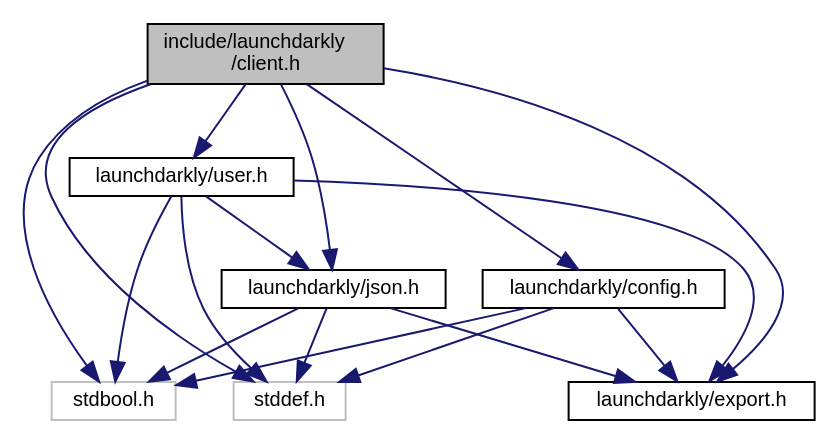
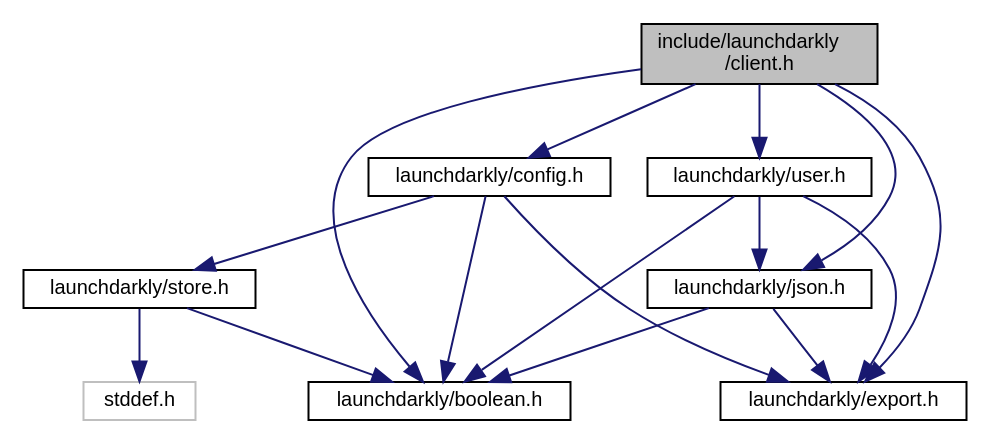
Before and after one commit to launchdarkly/c-server-sdk: the diagram in client_8h__incl.dot, drawn with Graphviz. The commit also changed 109 other files, not shown here.

```diff
--- a/client_8h__incl.dot
+++ b/client_8h__incl.dot
@@ -1,28 +1,28 @@
 digraph "include/launchdarkly/client.h"
 {
   edge [fontname="Helvetica",fontsize="10",labelfontname="Helvetica",labelfontsize="10"];
   node [fontname="Helvetica",fontsize="10",shape=record];
   Node0 [label="include/launchdarkly\l/client.h",height=0.2,width=0.4,color="black", fillcolor="grey75", style="filled", fontcolor="black"];
   Node0 -> Node1 [color="midnightblue",fontsize="10",style="solid",fontname="Helvetica"];
-  Node1 [label="stdbool.h",height=0.2,width=0.4,color="grey75", fillcolor="white", style="filled"];
+  Node1 [label="launchdarkly/config.h",height=0.2,width=0.4,color="black", fillcolor="white", style="filled",URL="$config_8h.html",tooltip="Public API Interface for Configuration. "];
+  Node1 -> Node2 [color="midnightblue",fontsize="10",style="solid",fontname="Helvetica"];
+  Node2 [label="launchdarkly/export.h",height=0.2,width=0.4,color="black", fillcolor="white", style="filled",URL="$export_8h.html",tooltip="Public. Configuration of exported symbols. "];
+  Node1 -> Node3 [color="midnightblue",fontsize="10",style="solid",fontname="Helvetica"];
+  Node3 [label="launchdarkly/store.h",height=0.2,width=0.4,color="black", fillcolor="white", style="filled",URL="$store_8h.html",tooltip="Public API Interface for Store implementatons. "];
+  Node3 -> Node4 [color="midnightblue",fontsize="10",style="solid",fontname="Helvetica"];
+  Node4 [label="stddef.h",height=0.2,width=0.4,color="grey75", fillcolor="white", style="filled"];
+  Node3 -> Node5 [color="midnightblue",fontsize="10",style="solid",fontname="Helvetica"];
+  Node5 [label="launchdarkly/boolean.h",height=0.2,width=0.4,color="black", fillcolor="white", style="filled",URL="$boolean_8h.html",tooltip="A custom c89 boolean type. "];
+  Node1 -> Node5 [color="midnightblue",fontsize="10",style="solid",fontname="Helvetica"];
+  Node0 -> Node6 [color="midnightblue",fontsize="10",style="solid",fontname="Helvetica"];
+  Node6 [label="launchdarkly/user.h",height=0.2,width=0.4,color="black", fillcolor="white", style="filled",URL="$user_8h.html",tooltip="Public API Interface for User construction. "];
+  Node6 -> Node7 [color="midnightblue",fontsize="10",style="solid",fontname="Helvetica"];
+  Node7 [label="launchdarkly/json.h",height=0.2,width=0.4,color="black", fillcolor="white", style="filled",URL="$json_8h.html",tooltip="Public API Interface for JSON usage. "];
+  Node7 -> Node2 [color="midnightblue",fontsize="10",style="solid",fontname="Helvetica"];
+  Node7 -> Node5 [color="midnightblue",fontsize="10",style="solid",fontname="Helvetica"];
+  Node6 -> Node2 [color="midnightblue",fontsize="10",style="solid",fontname="Helvetica"];
+  Node6 -> Node5 [color="midnightblue",fontsize="10",style="solid",fontname="Helvetica"];
+  Node0 -> Node7 [color="midnightblue",fontsize="10",style="solid",fontname="Helvetica"];
   Node0 -> Node2 [color="midnightblue",fontsize="10",style="solid",fontname="Helvetica"];
-  Node2 [label="stddef.h",height=0.2,width=0.4,color="grey75", fillcolor="white", style="filled"];
-  Node0 -> Node3 [color="midnightblue",fontsize="10",style="solid",fontname="Helvetica"];
-  Node3 [label="launchdarkly/config.h",height=0.2,width=0.4,color="black", fillcolor="white", style="filled",URL="$config_8h.html",tooltip="Public API Interface for Configuration. "];
-  Node3 -> Node1 [color="midnightblue",fontsize="10",style="solid",fontname="Helvetica"];
-  Node3 -> Node2 [color="midnightblue",fontsize="10",style="solid",fontname="Helvetica"];
-  Node3 -> Node4 [color="midnightblue",fontsize="10",style="solid",fontname="Helvetica"];
-  Node4 [label="launchdarkly/export.h",height=0.2,width=0.4,color="black", fillcolor="white", style="filled",URL="$export_8h.html",tooltip="Public. Configuration of exported symbols. "];
   Node0 -> Node5 [color="midnightblue",fontsize="10",style="solid",fontname="Helvetica"];
-  Node5 [label="launchdarkly/user.h",height=0.2,width=0.4,color="black", fillcolor="white", style="filled",URL="$user_8h.html",tooltip="Public API Interface for User construction. "];
-  Node5 -> Node1 [color="midnightblue",fontsize="10",style="solid",fontname="Helvetica"];
-  Node5 -> Node2 [color="midnightblue",fontsize="10",style="solid",fontname="Helvetica"];
-  Node5 -> Node6 [color="midnightblue",fontsize="10",style="solid",fontname="Helvetica"];
-  Node6 [label="launchdarkly/json.h",height=0.2,width=0.4,color="black", fillcolor="white", style="filled",URL="$json_8h.html",tooltip="Public API Interface for JSON usage. "];
-  Node6 -> Node1 [color="midnightblue",fontsize="10",style="solid",fontname="Helvetica"];
-  Node6 -> Node2 [color="midnightblue",fontsize="10",style="solid",fontname="Helvetica"];
-  Node6 -> Node4 [color="midnightblue",fontsize="10",style="solid",fontname="Helvetica"];
-  Node5 -> Node4 [color="midnightblue",fontsize="10",style="solid",fontname="Helvetica"];
-  Node0 -> Node6 [color="midnightblue",fontsize="10",style="solid",fontname="Helvetica"];
-  Node0 -> Node4 [color="midnightblue",fontsize="10",style="solid",fontname="Helvetica"];
 }
```
